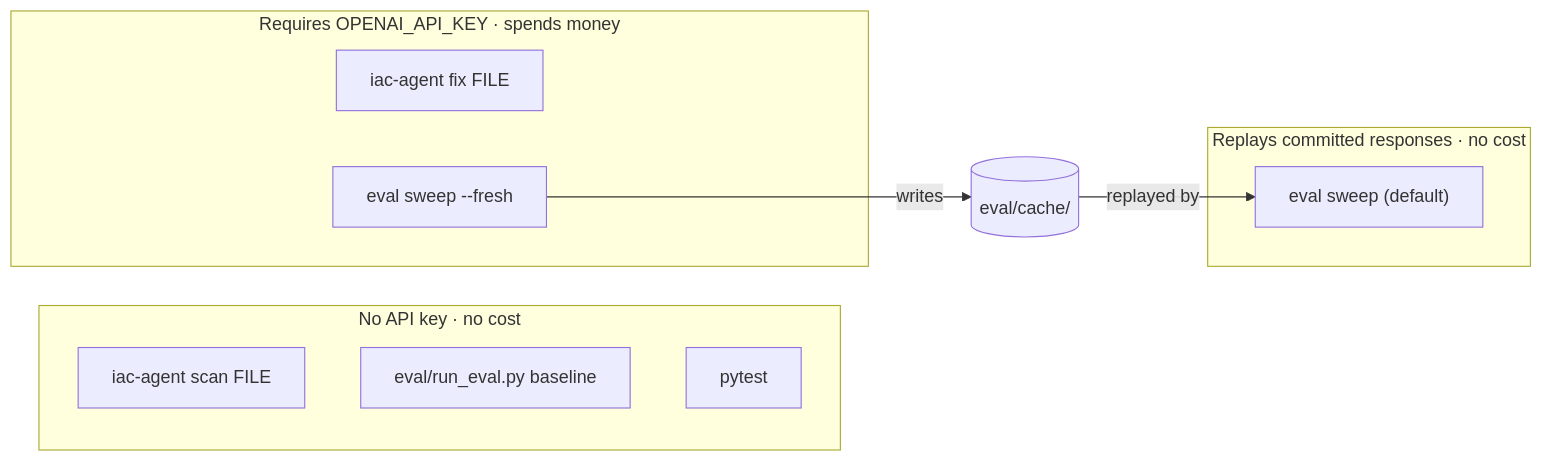
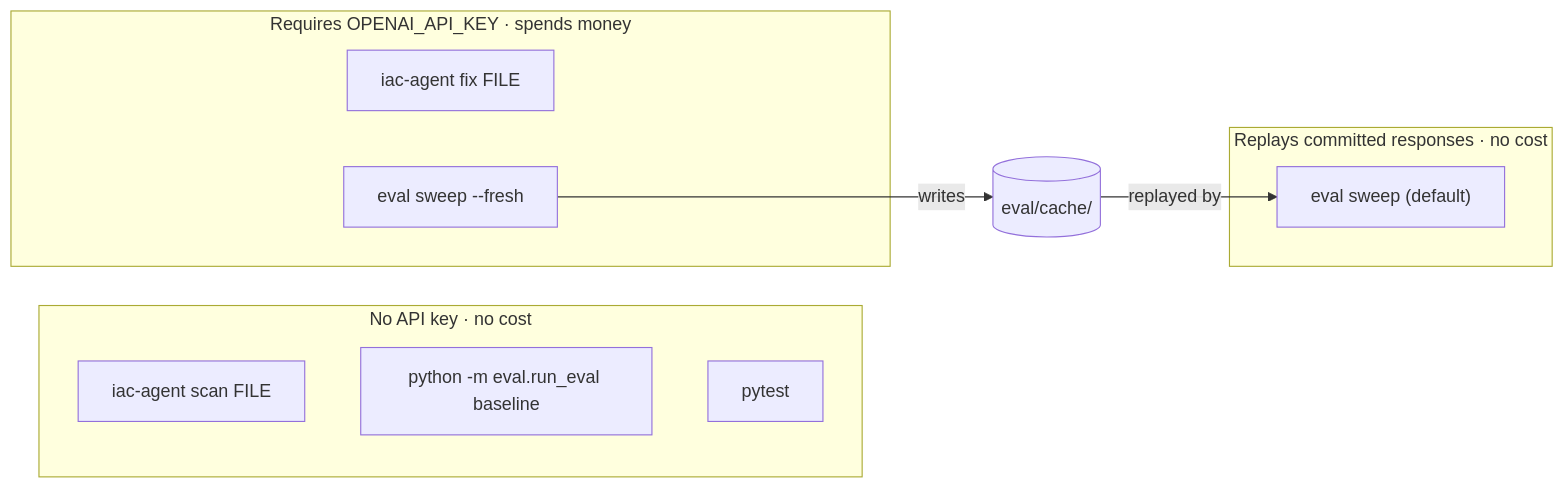
Before and after one commit to Shlok014/llm-iac-security: the diagram in docs/DEVELOPMENT.md, drawn with Mermaid. The commit also changed other lines of this file and 7 other files, not shown here.

````diff
--- a/docs/DEVELOPMENT.md
+++ b/docs/DEVELOPMENT.md
@@ -137,17 +137,17 @@
 ```mermaid
 flowchart LR
     subgraph free ["No API key · no cost"]
         A["iac-agent scan FILE"]
-        B["eval/run_eval.py baseline"]
+        B["python -m eval.run_eval baseline"]
         T["pytest"]
     end
     subgraph paid ["Requires OPENAI_API_KEY · spends money"]
         C["iac-agent fix FILE"]
         D["eval sweep --fresh"]
     end
     subgraph cached ["Replays committed responses · no cost"]
         E["eval sweep (default)"]
     end
     D -- "writes" --> F[("eval/cache/")]
     F -- "replayed by" --> E
 ```
````
